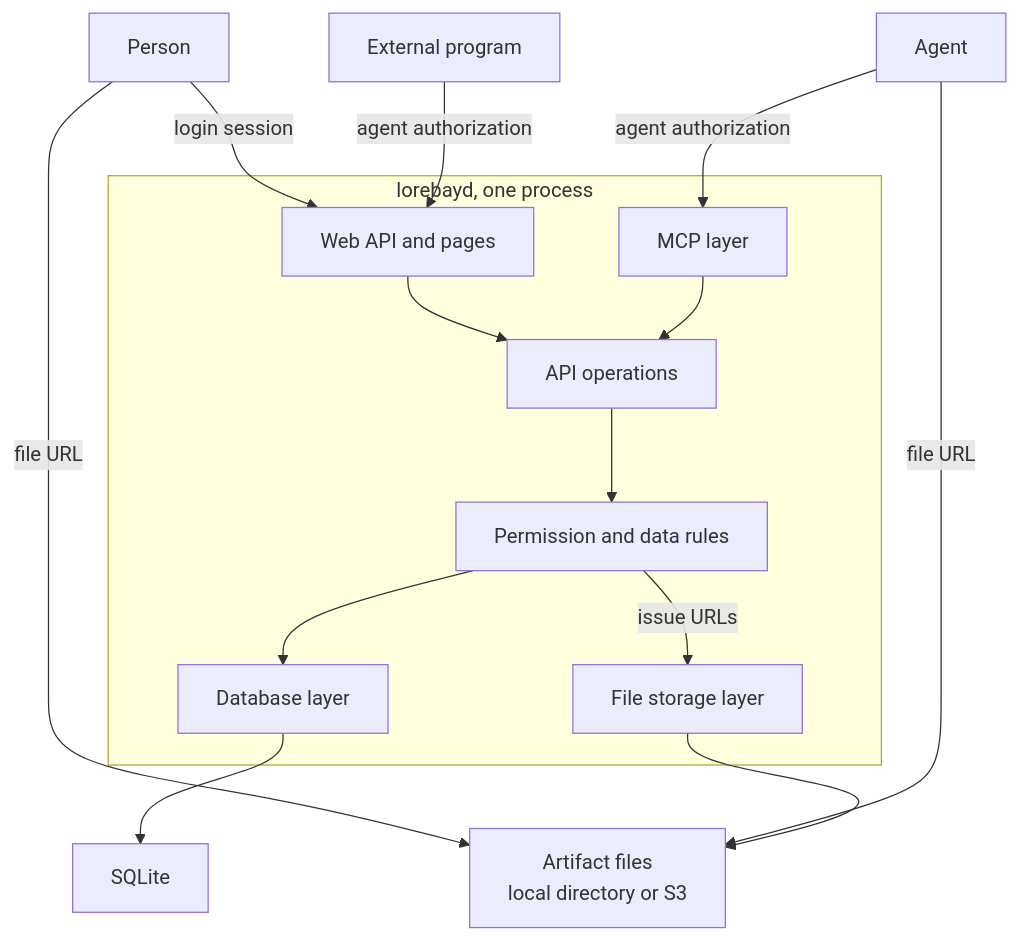
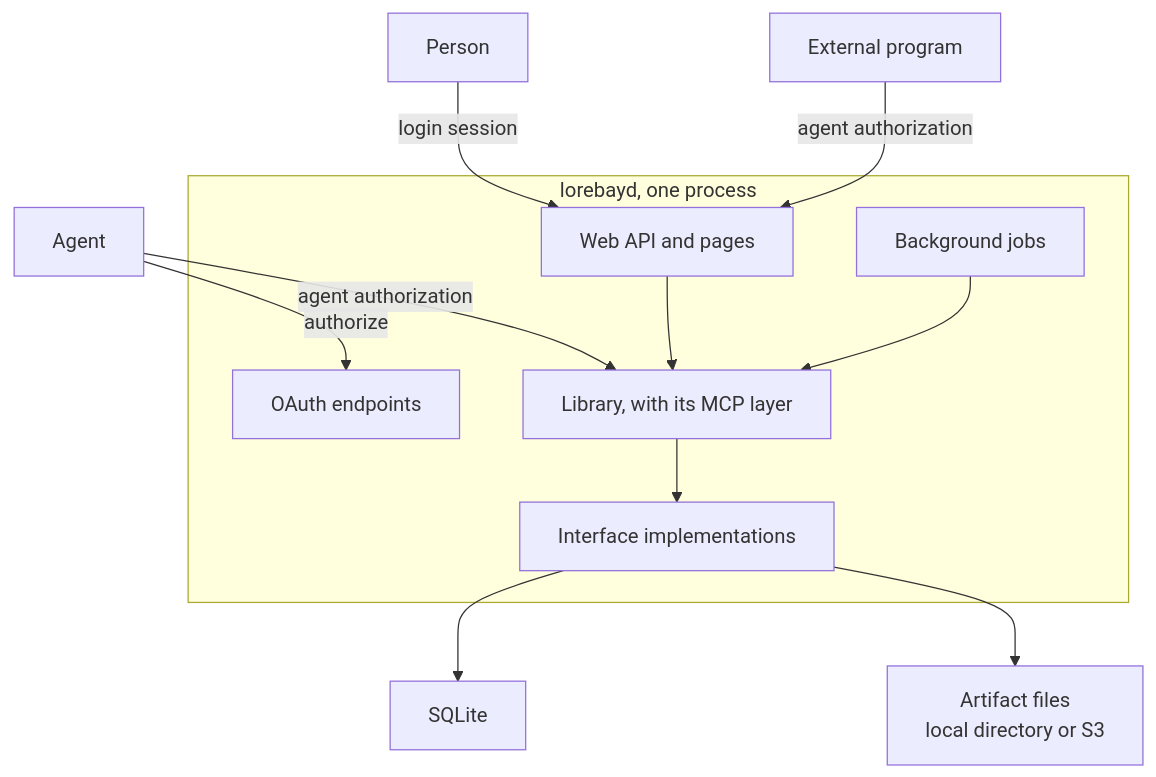
One commit to lorebayai/lorebay changed the diagram in docs/architecture/system.md. Above: the diagram before and after it, drawn with Mermaid. The commit also changed other lines of this file and 30 other files, not shown here.

````diff
--- a/docs/architecture/system.md
+++ b/docs/architecture/system.md
@@ -29,28 +33,24 @@
 ```mermaid
 flowchart TD
     human["Person"]
     program["External program"]
     agent["Agent"]
     subgraph lorebayd["lorebayd, one process"]
         web["Web API and pages"]
-        mcp["MCP layer"]
-        ops["API operations"]
-        rules["Permission and data rules"]
-        db["Database layer"]
-        fs["File storage layer"]
+        oauth["OAuth endpoints"]
+        impls["Interface implementations"]
+        jobs["Background jobs"]
+        library["Library, with its MCP layer"]
     end
     sqlite["SQLite"]
     store["Artifact files<br/>local directory or S3"]
     human -- "login session" --> web
     program -- "agent authorization" --> web
-    agent -- "agent authorization" --> mcp
-    human -- "file URL" --> store
-    agent -- "file URL" --> store
-    web --> ops
-    mcp --> ops
-    ops --> rules
-    rules --> db
-    rules -- "issue URLs" --> fs
-    db --> sqlite
-    fs --> store
+    agent -- "agent authorization" --> library
+    agent -- "authorize" --> oauth
+    web --> library
+    jobs --> library
+    library --> impls
+    impls --> sqlite
+    impls --> store
 ```
````
